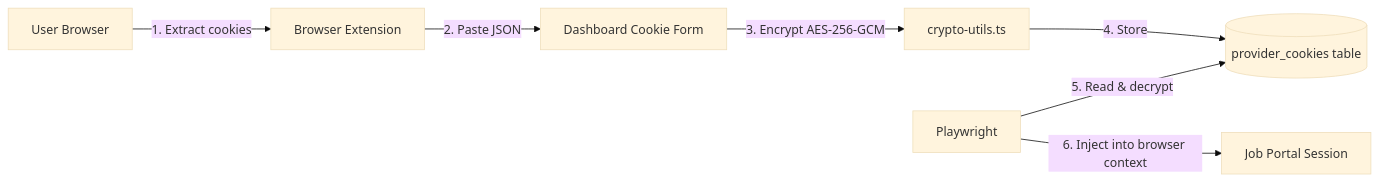
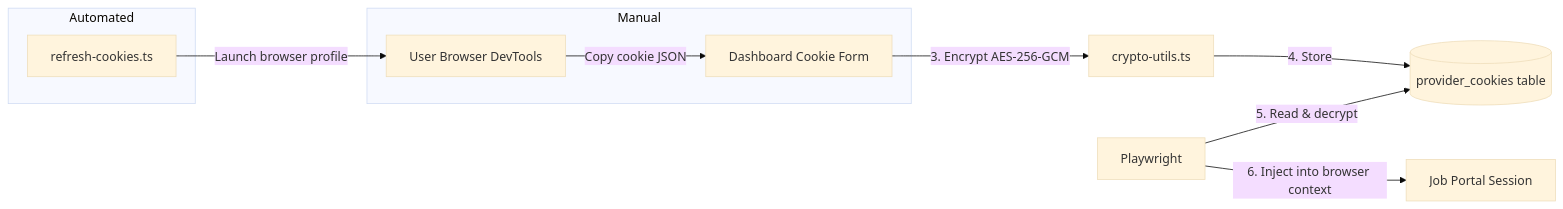
Before and after one commit to chauhandigvijay1/Valtrexa-V2: the diagram in docs/COOKIE_GUIDE.md, drawn with Mermaid (base theme). The commit also changed other lines of this file and 33 other files, not shown here.

````diff
--- a/docs/COOKIE_GUIDE.md
+++ b/docs/COOKIE_GUIDE.md
@@ -16,9 +16,13 @@
 ```mermaid
 flowchart LR
-    U[User Browser] -->|1. Extract cookies| BE[Browser Extension]
-    BE -->|2. Paste JSON| D[Dashboard Cookie Form]
+    subgraph Manual
+        U1[User Browser DevTools] -->|Copy cookie JSON| D[Dashboard Cookie Form]
+    end
+    subgraph Automated
+        U2[refresh-cookies.ts] -->|Launch browser profile| U1
+    end
     D -->|3. Encrypt AES-256-GCM| CR[crypto-utils.ts]
     CR -->|4. Store| DB[(provider_cookies table)]
     PW[Playwright] -->|5. Read & decrypt| DB
     PW -->|6. Inject into browser context| S[Job Portal Session]
 ```
````
